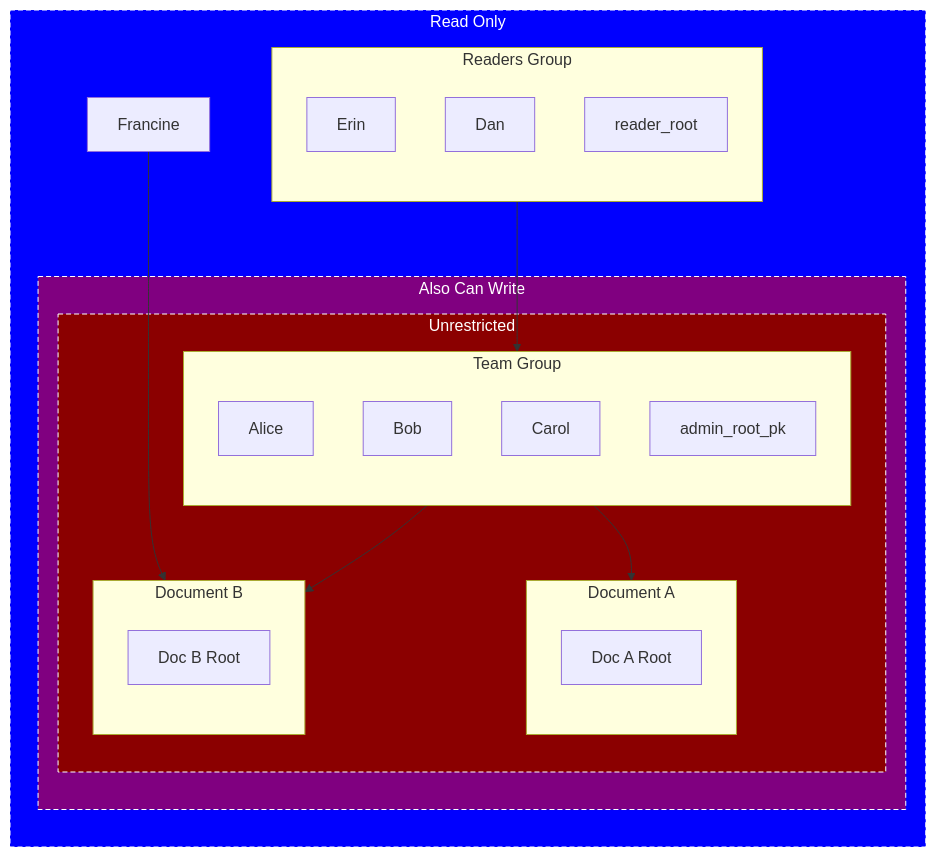
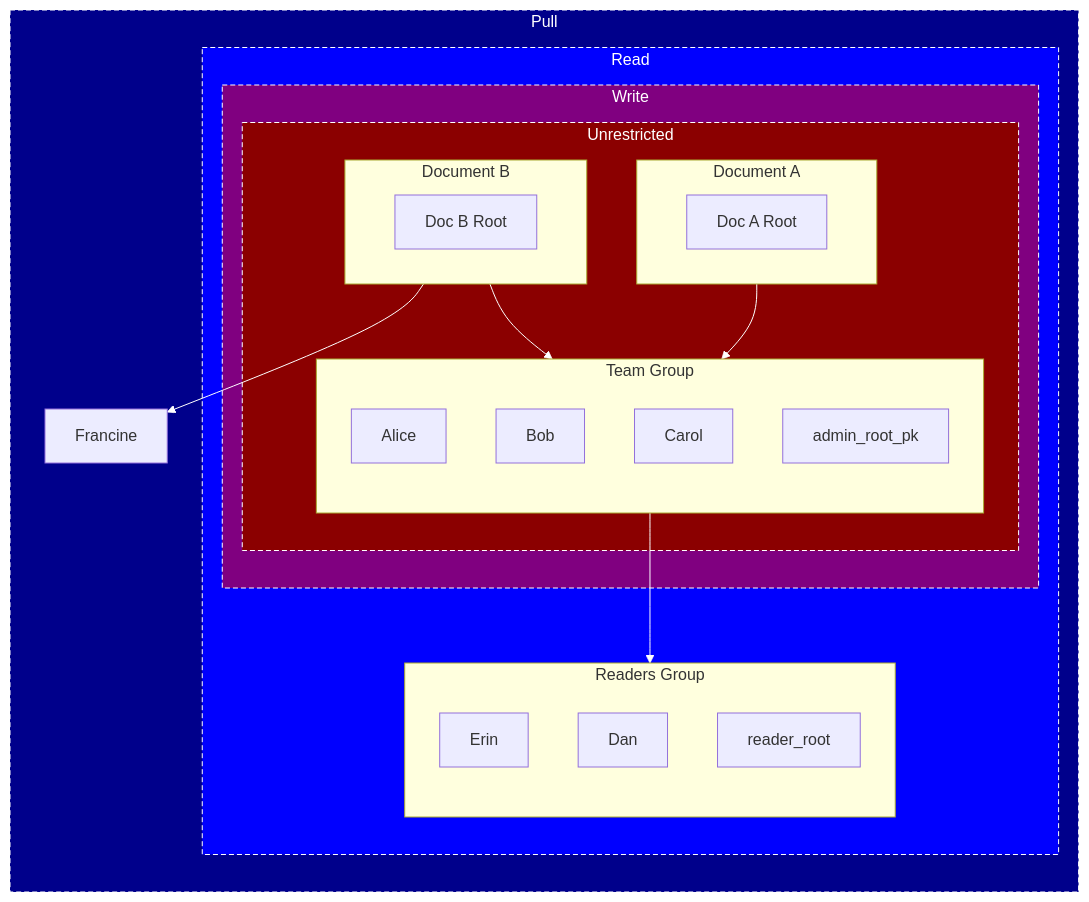
Before and after one commit to inkandswitch/keyhive: the third of 8 diagrams in design/group_membership.md, drawn with Mermaid. The commit also changed other lines of this file, not shown here.

Commit message:
Fix materialized example

````diff
--- a/design/group_membership.md
+++ b/design/group_membership.md
@@ -76,53 +74,51 @@
 ```mermaid
-flowchart TB
-    subgraph read_only[Read Only]
-        direction TB
-
-        subgraph readers[Readers Group]
-            direction TB
-
-            Erin
-            Dan
-
-            reader_root
-        end
-
+%%{ init: { 'themeVariables': { 'lineColor': '#FFF' } } }%%
+flowchart BT
+    subgraph pullers[Pull]
         Francine
 
-        subgraph also_write[Also Can Write]
-            subgraph also_change_membership[Unrestricted]
-                subgraph admins[Team Group]
-                    direction TB
+        subgraph read_only[Read]
+            subgraph readers[Readers Group]
+                direction TB
 
-                    Alice
-                    Bob
-                    Carol
+                Erin
+                Dan
 
-                    admin_root_pk
-                end
+                reader_root
+            end
 
-                subgraph docA[Document A]
-                    direction TB
+            subgraph also_write[Write]
+                subgraph also_change_membership[Unrestricted]
+                    subgraph admins[Team Group]
+                        direction TB
 
-                    docA_root_pk[Doc A Root]
-                end
+                        Alice
+                        Bob
+                        Carol
 
-                subgraph docB[Document B]
-                    direction TB
+                        admin_root_pk
+                    end
 
-                    docB_root_pk[Doc B Root]
+                    subgraph docA[Document A]
+                        docA_root_pk[Doc A Root]
+                    end
+
+                    subgraph docB[Document B]
+                        docB_root_pk[Doc B Root]
+                    end
                 end
             end
         end
     end
 
-    admins --> docA
-    admins --> docB
+    docA --> admins
+    docB --> admins
 
-    Francine ---> docB
-    readers --> admins
+    docB --> Francine
+    admins --> readers
 
+    style pullers color:white,fill:darkblue,stroke:#FFF,stroke-width:1px,stroke-dasharray: 5 3;;
     style read_only color:white,fill:blue,stroke:#FFF,stroke-width:1px,stroke-dasharray: 5 3;;
     style also_write color:white,fill:purple,stroke:#FFF,stroke-width:1px,stroke-dasharray: 5 3;
     style also_change_membership color:white,fill:darkred,stroke:#FFF,stroke-width:1px,stroke-dasharray: 5 3;
 ```
````
